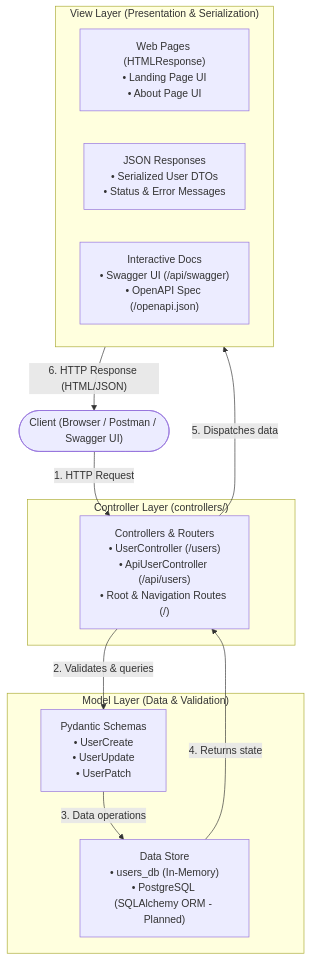
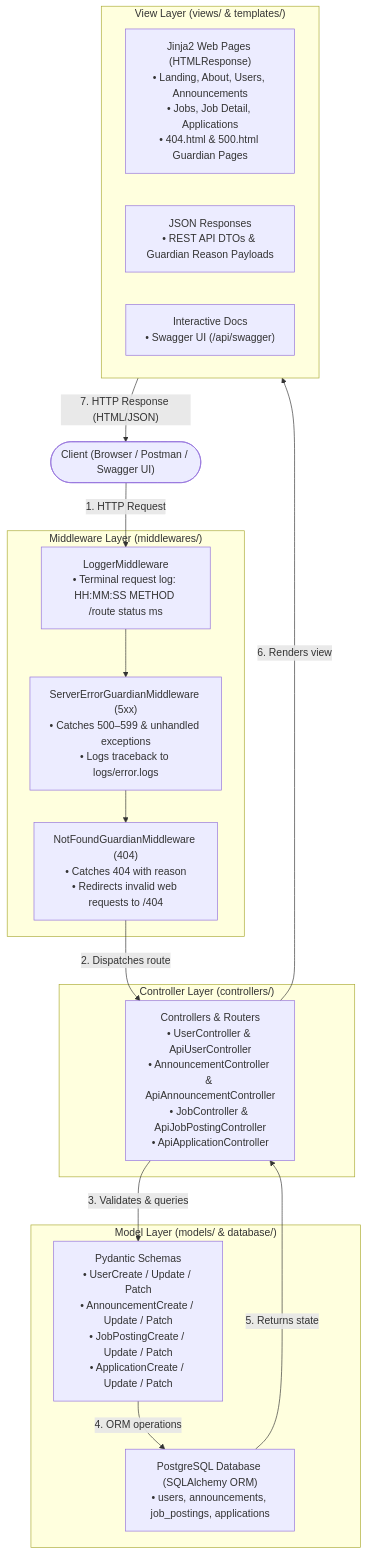
One commit to aysetekgoz/Alumni changed the diagram in README.md. Above: the diagram before and after it, drawn with Mermaid. The commit also changed other lines of this file and 17 other files, not shown here.

Commit message:
Update JobPosting rules, add Logger and 404/5xx Guardian middlewares with error logging

````diff
--- a/README.md
+++ b/README.md
@@ -17,26 +18,35 @@
 ```mermaid
 flowchart TD
     Client(["Client (Browser / Postman / Swagger UI)"])
 
-    subgraph ControllerLayer ["Controller Layer (controllers/)"]
-        Router["Controllers & Routers<br/>• UserController (/users)<br/>• ApiUserController (/api/users)<br/>• Root & Navigation Routes (/)"]
+    subgraph MiddlewareLayer ["Middleware Layer (middlewares/)"]
+        Logger["LoggerMiddleware<br/>• Terminal request log: HH:MM:SS METHOD /route status ms"]
+        Guardian5xx["ServerErrorGuardianMiddleware (5xx)<br/>• Catches 500–599 & unhandled exceptions<br/>• Logs traceback to logs/error.logs"]
+        Guardian404["NotFoundGuardianMiddleware (404)<br/>• Catches 404 with reason<br/>• Redirects invalid web requests to /404"]
     end
 
-    subgraph ModelLayer ["Model Layer (Data & Validation)"]
-        Schemas["Pydantic Schemas<br/>• UserCreate<br/>• UserUpdate<br/>• UserPatch"]
-        Storage["Data Store<br/>• users_db (In-Memory)<br/>• PostgreSQL (SQLAlchemy ORM - Planned)"]
+    subgraph ControllerLayer ["Controller Layer (controllers/)"]
+        Router["Controllers & Routers<br/>• UserController & ApiUserController<br/>• AnnouncementController & ApiAnnouncementController<br/>• JobController & ApiJobPostingController<br/>• ApiApplicationController"]
     end
 
-    subgraph ViewLayer ["View Layer (Presentation & Serialization)"]
-        HTMLViews["Web Pages (HTMLResponse)<br/>• Landing Page UI<br/>• About Page UI"]
-        JSONViews["JSON Responses<br/>• Serialized User DTOs<br/>• Status & Error Messages"]
-        DocViews["Interactive Docs<br/>• Swagger UI (/api/swagger)<br/>• OpenAPI Spec (/openapi.json)"]
+    subgraph ModelLayer ["Model Layer (models/ & database/)"]
+        Schemas["Pydantic Schemas<br/>• UserCreate / Update / Patch<br/>• AnnouncementCreate / Update / Patch<br/>• JobPostingCreate / Update / Patch<br/>• ApplicationCreate / Update / Patch"]
+        Storage["PostgreSQL Database (SQLAlchemy ORM)<br/>• users, announcements, job_postings, applications"]
     end
 
-    Client -->|"1. HTTP Request"| Router
-    Router -->|"2. Validates & queries"| Schemas
-    Schemas -->|"3. Data operations"| Storage
-    Storage -->|"4. Returns state"| Router
-    Router -->|"5. Dispatches data"| ViewLayer
-    ViewLayer -->|"6. HTTP Response (HTML/JSON)"| Client
+    subgraph ViewLayer ["View Layer (views/ & templates/)"]
+        HTMLViews["Jinja2 Web Pages (HTMLResponse)<br/>• Landing, About, Users, Announcements<br/>• Jobs, Job Detail, Applications<br/>• 404.html & 500.html Guardian Pages"]
+        JSONViews["JSON Responses<br/>• REST API DTOs & Guardian Reason Payloads"]
+        DocViews["Interactive Docs<br/>• Swagger UI (/api/swagger)"]
+    end
+
+    Client -->|"1. HTTP Request"| Logger
+    Logger --> Guardian5xx
+    Guardian5xx --> Guardian404
+    Guardian404 -->|"2. Dispatches route"| Router
+    Router -->|"3. Validates & queries"| Schemas
+    Schemas -->|"4. ORM operations"| Storage
+    Storage -->|"5. Returns state"| Router
+    Router -->|"6. Renders view"| ViewLayer
+    ViewLayer -->|"7. HTTP Response (HTML/JSON)"| Client
 ```
````
